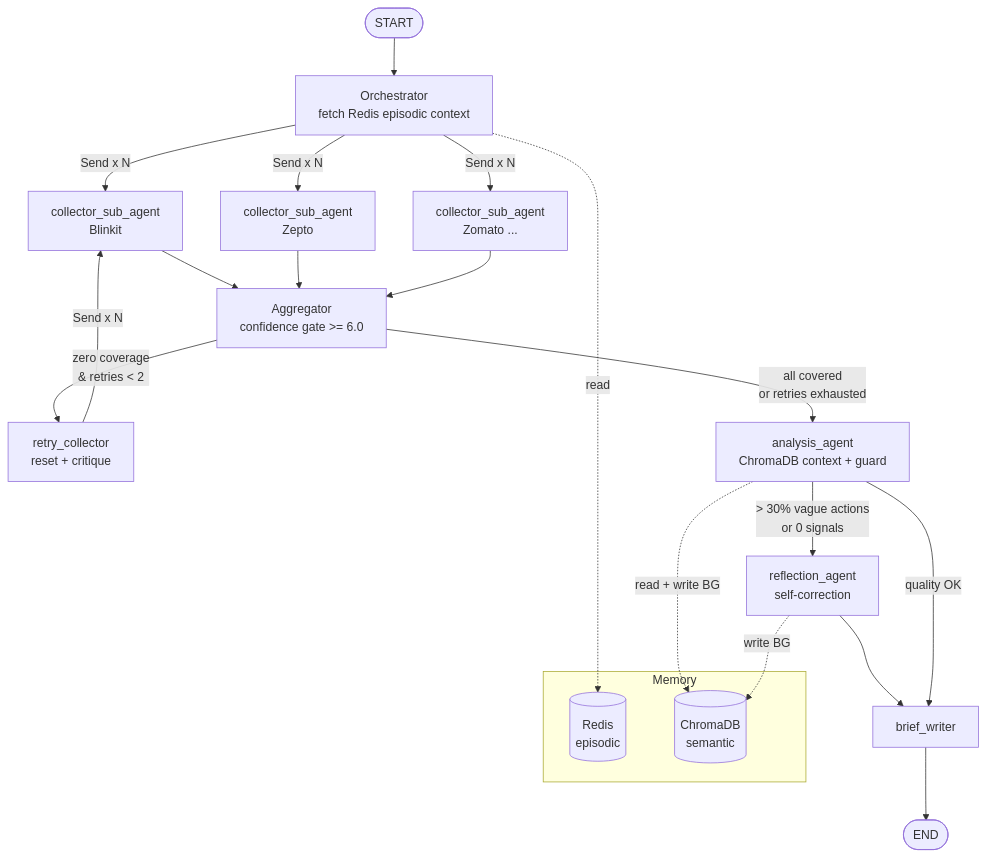
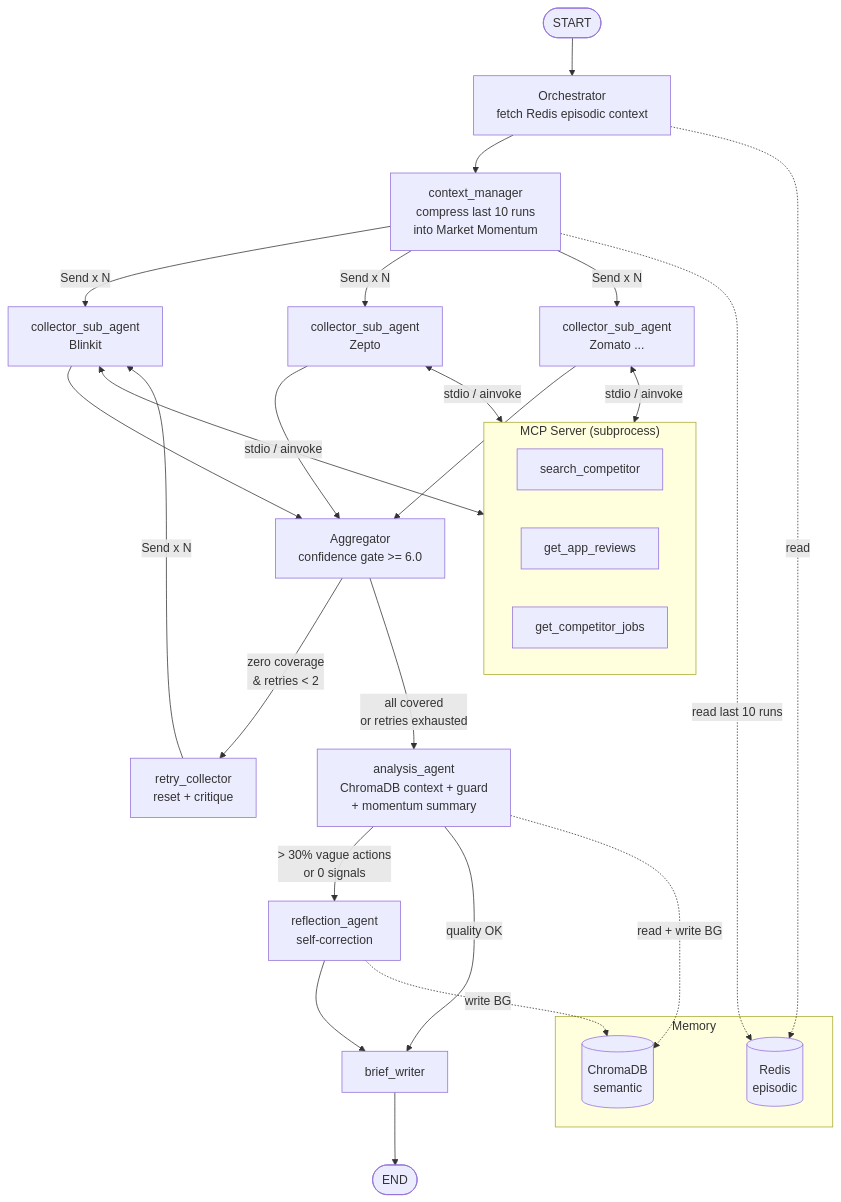
The diagram in README.md (phoenix686/competitor-analysis), drawn with Mermaid before and after one commit. The commit also changed other lines of this file and 13 other files, not shown here.

````diff
--- a/README.md
+++ b/README.md
@@ -9,23 +9,32 @@
 ```mermaid
 flowchart TD
     START([START]) --> ORC[Orchestrator\nfetch Redis episodic context]
-    ORC -->|Send x N| C1[collector_sub_agent\nBlinkit]
-    ORC -->|Send x N| C2[collector_sub_agent\nZepto]
-    ORC -->|Send x N| C3[collector_sub_agent\nZomato ...]
+    ORC --> CTX[context_manager\ncompress last 10 runs\ninto Market Momentum]
+    CTX -->|Send x N| C1[collector_sub_agent\nBlinkit]
+    CTX -->|Send x N| C2[collector_sub_agent\nZepto]
+    CTX -->|Send x N| C3[collector_sub_agent\nZomato ...]
     C1 & C2 & C3 --> AGG[Aggregator\nconfidence gate >= 6.0]
     AGG -->|zero coverage\n& retries < 2| RET[retry_collector\nreset + critique]
     RET -->|Send x N| C1
-    AGG -->|all covered\nor retries exhausted| ANA[analysis_agent\nChromaDB context + guard]
+    AGG -->|all covered\nor retries exhausted| ANA[analysis_agent\nChromaDB context + guard\n+ momentum summary]
     ANA -->|> 30% vague actions\nor 0 signals| REF[reflection_agent\nself-correction]
     REF --> BRF[brief_writer]
     ANA -->|quality OK| BRF
     BRF --> END_([END])
+
+    subgraph MCP["MCP Server (subprocess)"]
+        T1[search_competitor]
+        T2[get_app_reviews]
+        T3[get_competitor_jobs]
+    end
+    C1 & C2 & C3 <-->|stdio / ainvoke| MCP
 
     subgraph Memory
         REDIS[(Redis\nepisodic)]
         CHROMA[(ChromaDB\nsemantic)]
     end
     ORC -.->|read| REDIS
+    CTX -.->|read last 10 runs| REDIS
     ANA -.->|read + write BG| CHROMA
     REF -.->|write BG| CHROMA
 ```
````
